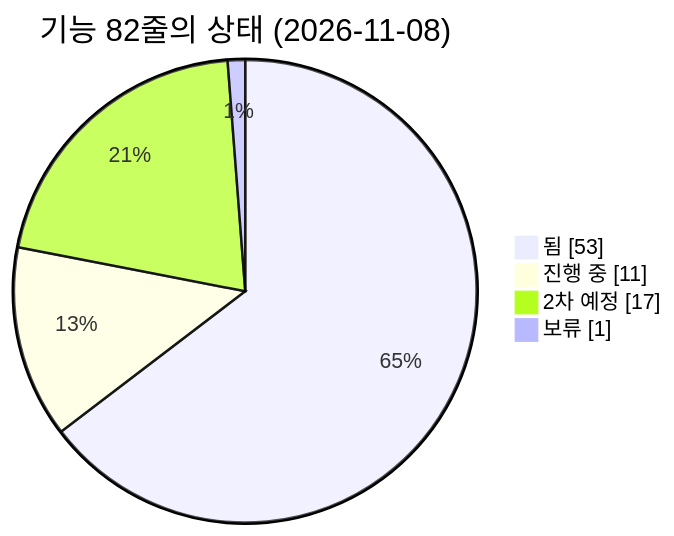
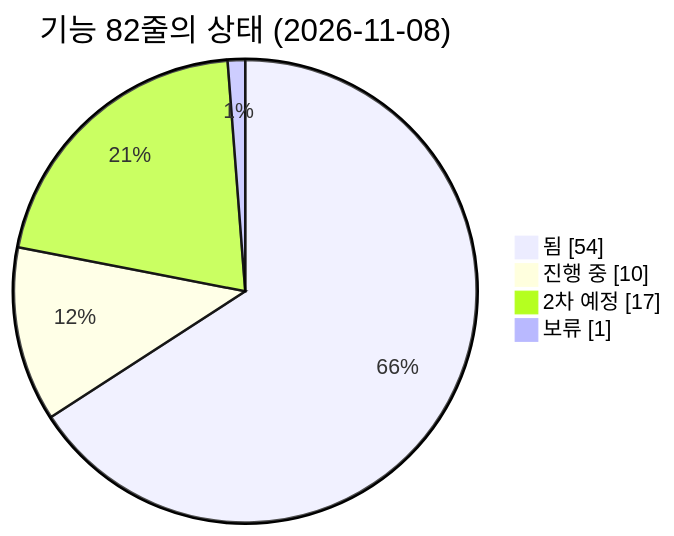
The first of 4 diagrams in docs/map/feature-map.md (agent-ddalgi-team/final-geosan), drawn with Mermaid before and after one commit. The commit also changed other lines of this file, not shown here.

````diff
--- a/docs/map/feature-map.md
+++ b/docs/map/feature-map.md
@@ -31,8 +31,8 @@
 ```mermaid
 pie showData
     title 기능 82줄의 상태 (2026-11-08)
-    "됨" : 53
-    "진행 중" : 11
+    "됨" : 54
+    "진행 중" : 10
     "2차 예정" : 17
     "보류" : 1
 ```
````
